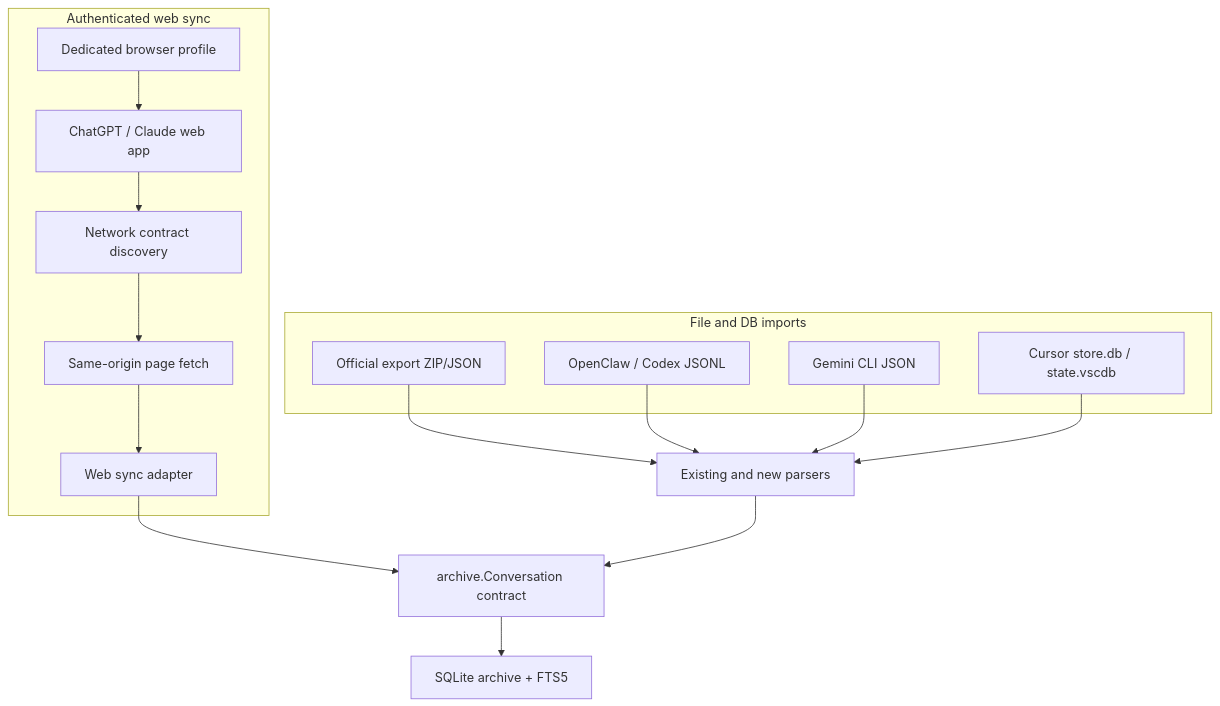
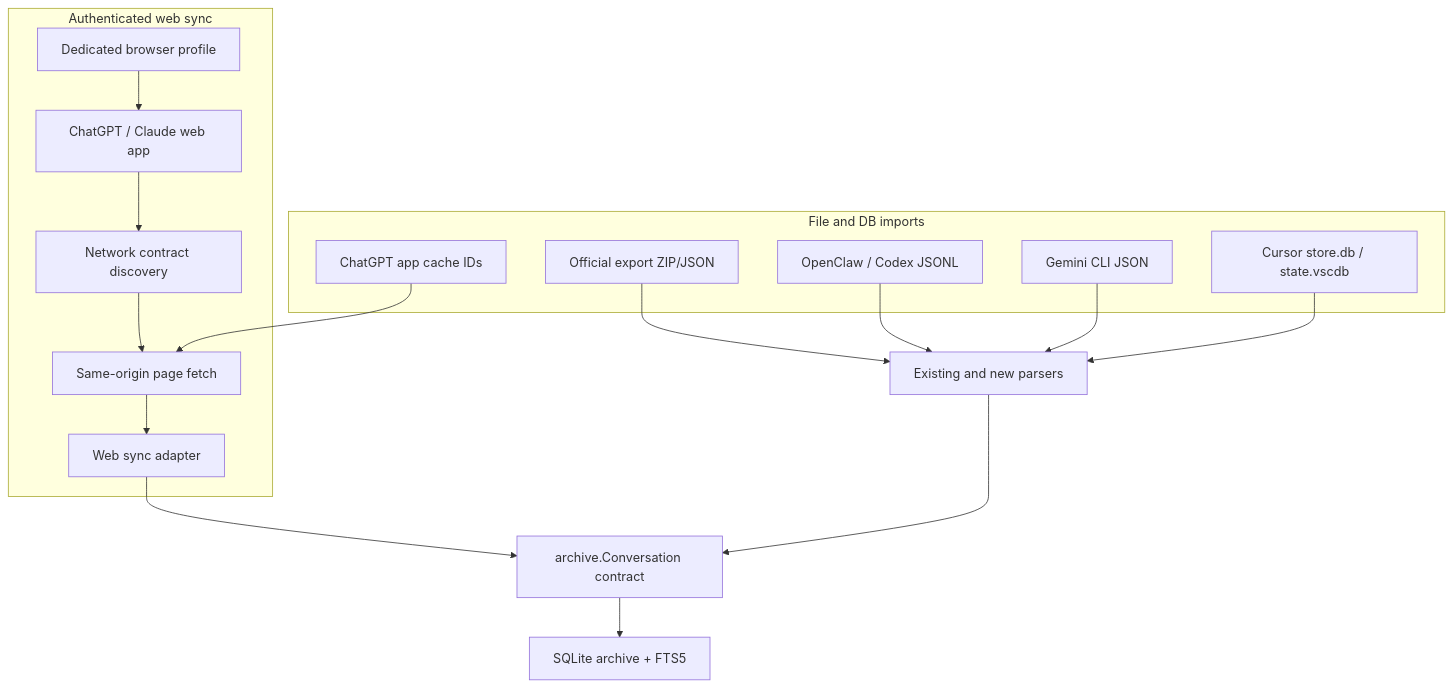
Before and after one commit to jamespheffernan/aicrawl: the diagram in docs/plans/2026-06-07-ai-conversation-archive-ingestion-plan.md, drawn with Mermaid. The commit also changed other lines of this file and 16 other files, not shown here.

Commit message:
feat: seed ChatGPT sync from app cache IDs

````diff
--- a/docs/plans/2026-06-07-ai-conversation-archive-ingestion-plan.md
+++ b/docs/plans/2026-06-07-ai-conversation-archive-ingestion-plan.md
@@ -54,26 +55,28 @@
 ```mermaid
 flowchart TB
   subgraph "Authenticated web sync"
     profile["Dedicated browser profile"]
     webapp["ChatGPT / Claude web app"]
     discover["Network contract discovery"]
     same_origin["Same-origin page fetch"]
     web_adapter["Web sync adapter"]
   end
 
   subgraph "File and DB imports"
     exports["Official export ZIP/JSON"]
     jsonl["OpenClaw / Codex JSONL"]
     gemini["Gemini CLI JSON"]
     localdb["Cursor store.db / state.vscdb"]
+    chatgpt_app["ChatGPT app cache IDs"]
   end
 
   profile --> webapp --> discover --> same_origin --> web_adapter
   exports --> parser["Existing and new parsers"]
   jsonl --> parser
   gemini --> parser
   localdb --> parser
+  chatgpt_app --> same_origin
   web_adapter --> archive_contract["archive.Conversation contract"]
   parser --> archive_contract
   archive_contract --> sqlite["SQLite archive + FTS5"]
 ```
````
